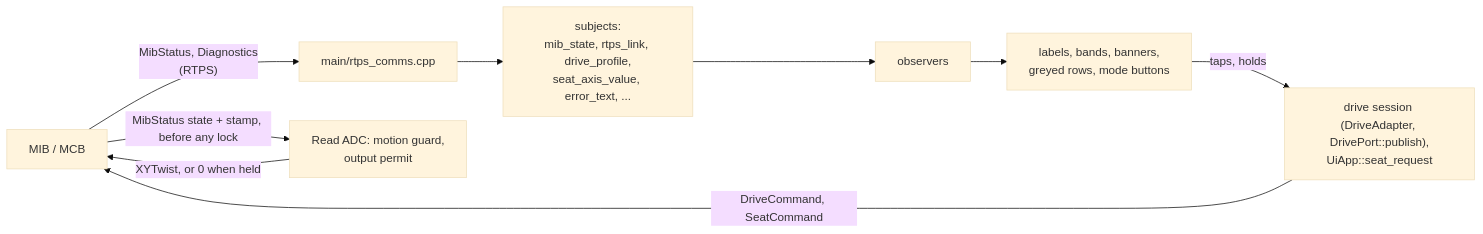
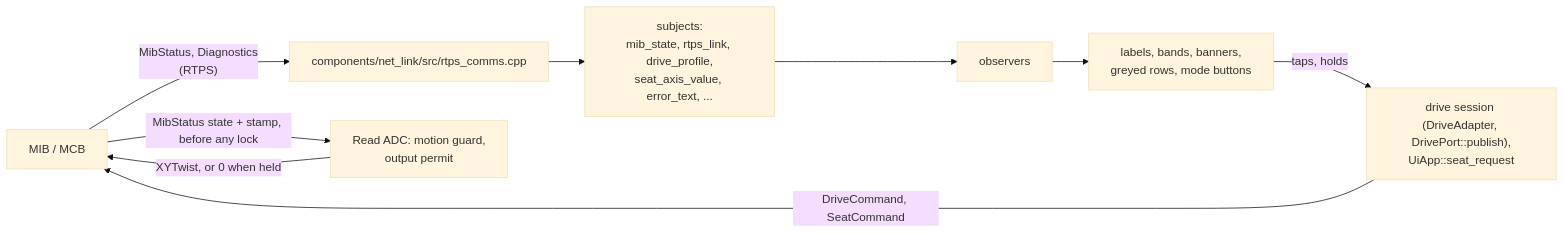
The third of 3 diagrams in docs/ui-architecture.md (rammp-org/pace-hmi-fw), drawn with Mermaid (base theme) before and after one commit. The commit also changed other lines of this file and 7 other files, not shown here.

````diff
--- a/docs/ui-architecture.md
+++ b/docs/ui-architecture.md
@@ -247,11 +253,11 @@
 ```mermaid
 flowchart LR
-  mib["MIB / MCB"] -- "MibStatus, Diagnostics<br/>(RTPS)" --> rtps["main/rtps_comms.cpp"]
+  mib["MIB / MCB"] -- "MibStatus, Diagnostics<br/>(RTPS)" --> rtps["components/net_link/src/rtps_comms.cpp"]
   rtps --> subj["subjects:<br/>mib_state, rtps_link, drive_profile,<br/>seat_axis_value, error_text, ..."]
   subj --> obs["observers"]
   obs --> w["labels, bands, banners,<br/>greyed rows, mode buttons"]
   w -- "taps, holds" --> ask["drive session (DriveAdapter, DrivePort::publish),<br/>UiApp::seat_request"]
   ask -- "DriveCommand, SeatCommand" --> mib
   mib -- "MibStatus state + stamp, before any lock" --> adc["Read ADC: motion guard,<br/>output permit"]
   adc -- "XYTwist, or 0 when held" --> mib
 ```
````
